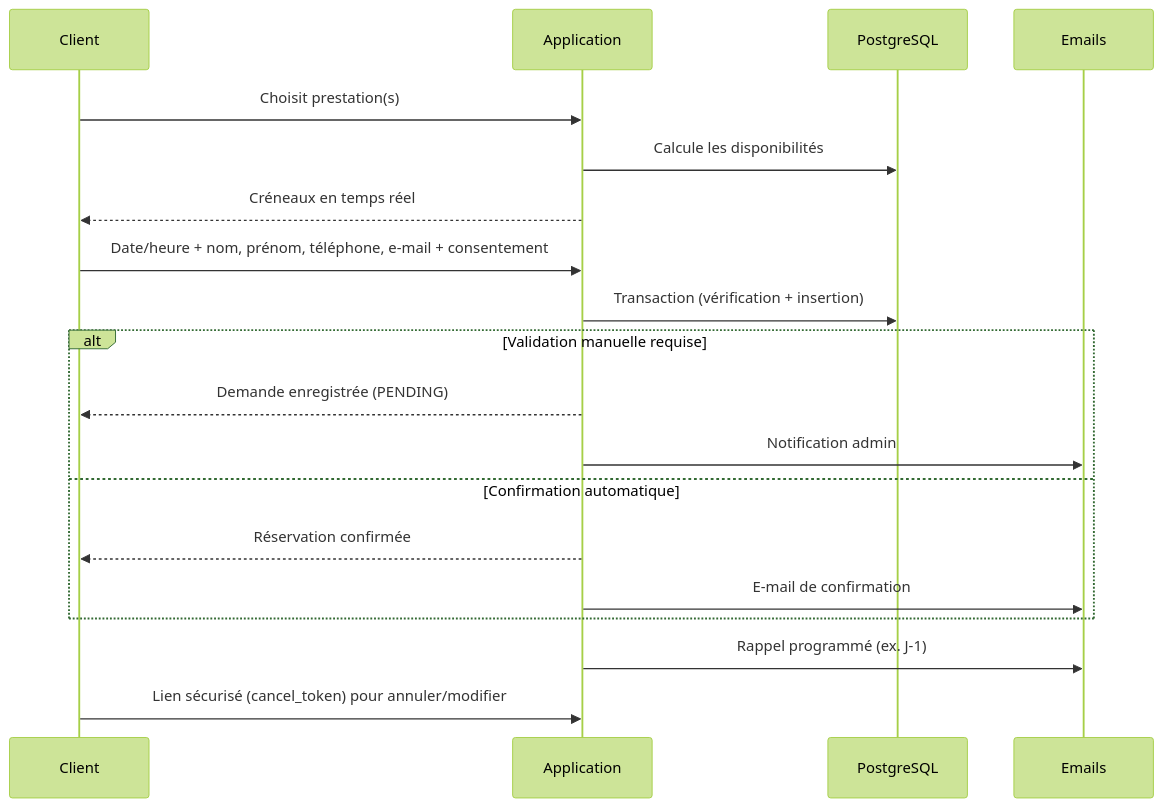
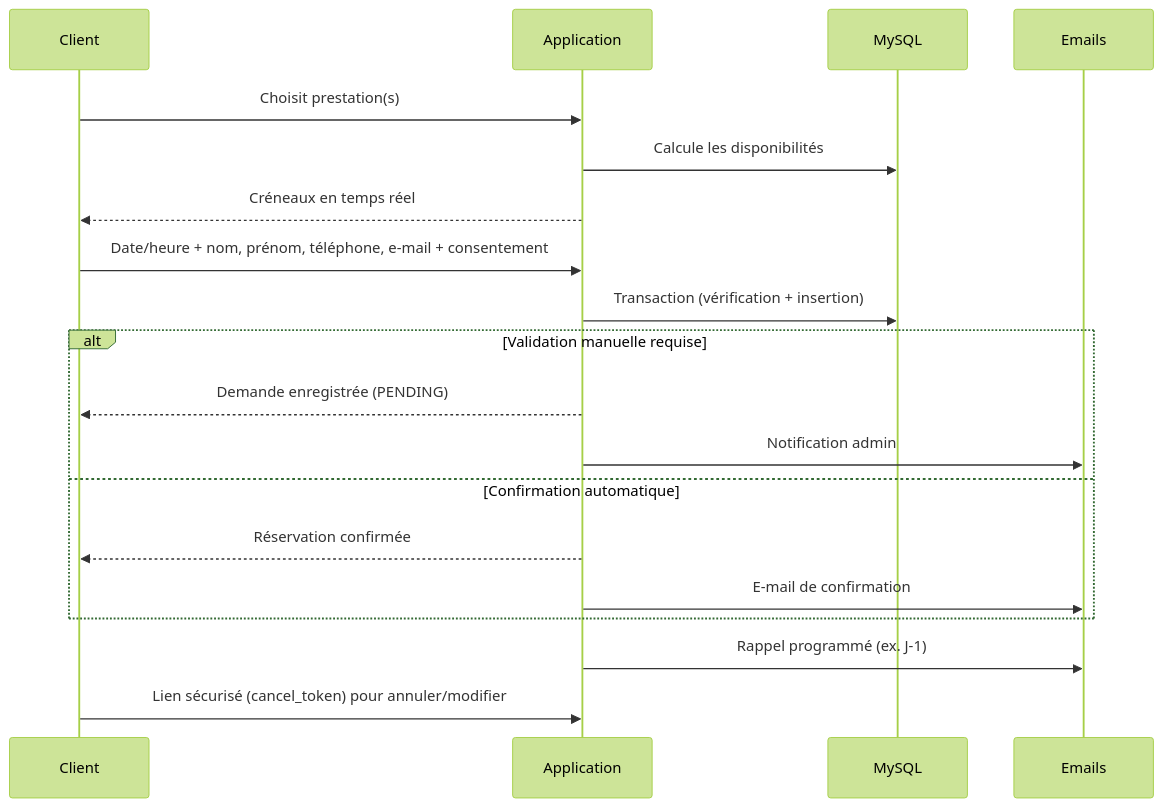
Before and after one commit to franchesco971/beafrocoiffure: the third of 3 diagrams in DOCUMENT-TECHNIQUE.md, drawn with Mermaid (forest theme). The commit also changed other lines of this file and 23 other files, not shown here.

````diff
--- a/DOCUMENT-TECHNIQUE.md
+++ b/DOCUMENT-TECHNIQUE.md
@@ -307,21 +302,21 @@
 ```mermaid
 sequenceDiagram
     participant C as Client
     participant W as Application
-    participant DB as PostgreSQL
+    participant DB as MySQL
     participant M as Emails
     C->>W: Choisit prestation(s)
     W->>DB: Calcule les disponibilités
     W-->>C: Créneaux en temps réel
     C->>W: Date/heure + nom, prénom, téléphone, e-mail + consentement
     W->>DB: Transaction (vérification + insertion)
     alt Validation manuelle requise
         W-->>C: Demande enregistrée (PENDING)
         W->>M: Notification admin
     else Confirmation automatique
         W-->>C: Réservation confirmée
         W->>M: E-mail de confirmation
     end
     W->>M: Rappel programmé (ex. J-1)
     C->>W: Lien sécurisé (cancel_token) pour annuler/modifier
 ```
````
